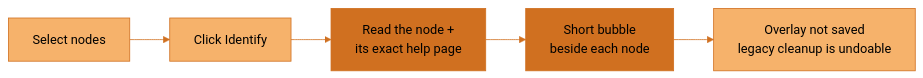
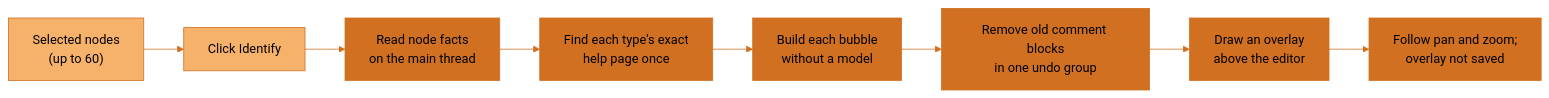
The fourth of 4 diagrams in README.md (JosephOIbrahim/Synapse), drawn with Mermaid before and after one commit. The commit also changed other lines of this file and 10 other files, not shown here.

````diff
--- a/README.md
+++ b/README.md
@@ -150,15 +203,18 @@
 ```mermaid
 flowchart LR
-    accTitle: How Identify explains selected nodes
-    accDescr: You select nodes and click Identify. SYNAPSE reads each node and finds its exact local help page, or uses an HDA's help, without a model. A short bubble appears over the editor. The overlay is not saved; old Identify-generated comment blocks can be removed in an undo group while artist text is preserved.
-    S["Select nodes"] --> I["Click Identify"]
-    I --> R["Read the node +<br/>its exact help page"]
-    R --> N["Short bubble<br/>beside each node"]
-    N --> F["Overlay not saved<br/>legacy cleanup is undoable"]
+    accTitle: Identify draws a short local bubble beside each selected node
+    accDescr: The panel reads facts for up to 60 selected nodes on Houdini's main thread. A worker finds each type's exact local help page, or an HDA's own help, and builds each bubble without a model. Old Identify-generated comment blocks are removed in one undo group, artist text kept. The main thread then draws an overlay that follows pan and zoom. The overlay is not saved.
+    S["Selected nodes<br/>(up to 60)"] --> I["Click Identify"]
+    I --> F["Read node facts<br/>on the main thread"]
+    F --> L["Find each type's exact<br/>help page once"]
+    L --> C["Build each bubble<br/>without a model"]
+    C --> K["Remove old comment blocks<br/>in one undo group"]
+    K --> W["Draw an overlay<br/>above the editor"]
+    W --> V["Follow pan and zoom;<br/>overlay not saved"]
     classDef default fill:#F6B26B,stroke:#D07020,color:#000000
     classDef artist fill:#F6B26B,stroke:#D07020,color:#000000
     classDef synapse fill:#D07020,stroke:#D07020,color:#000000
     class S,I artist
-    class R,N synapse
+    class F,L,C,K,W,V synapse
     linkStyle default stroke:#D07020
 ```
````
